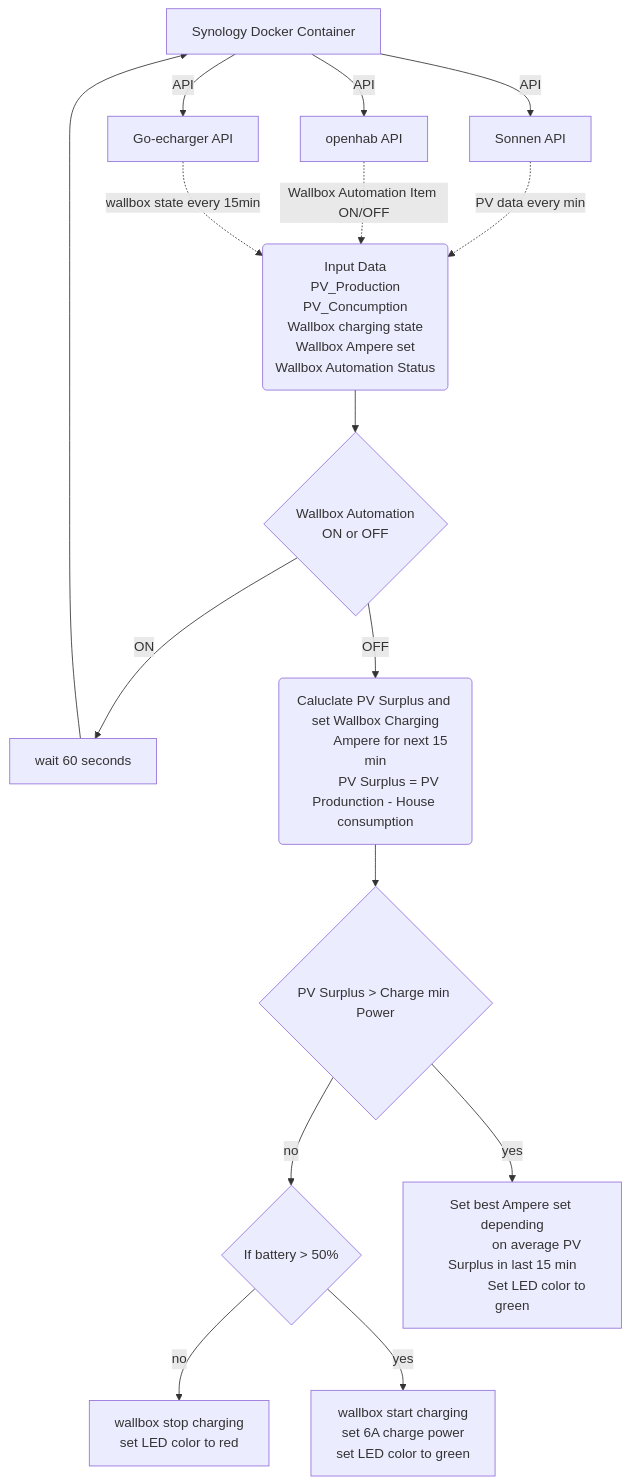
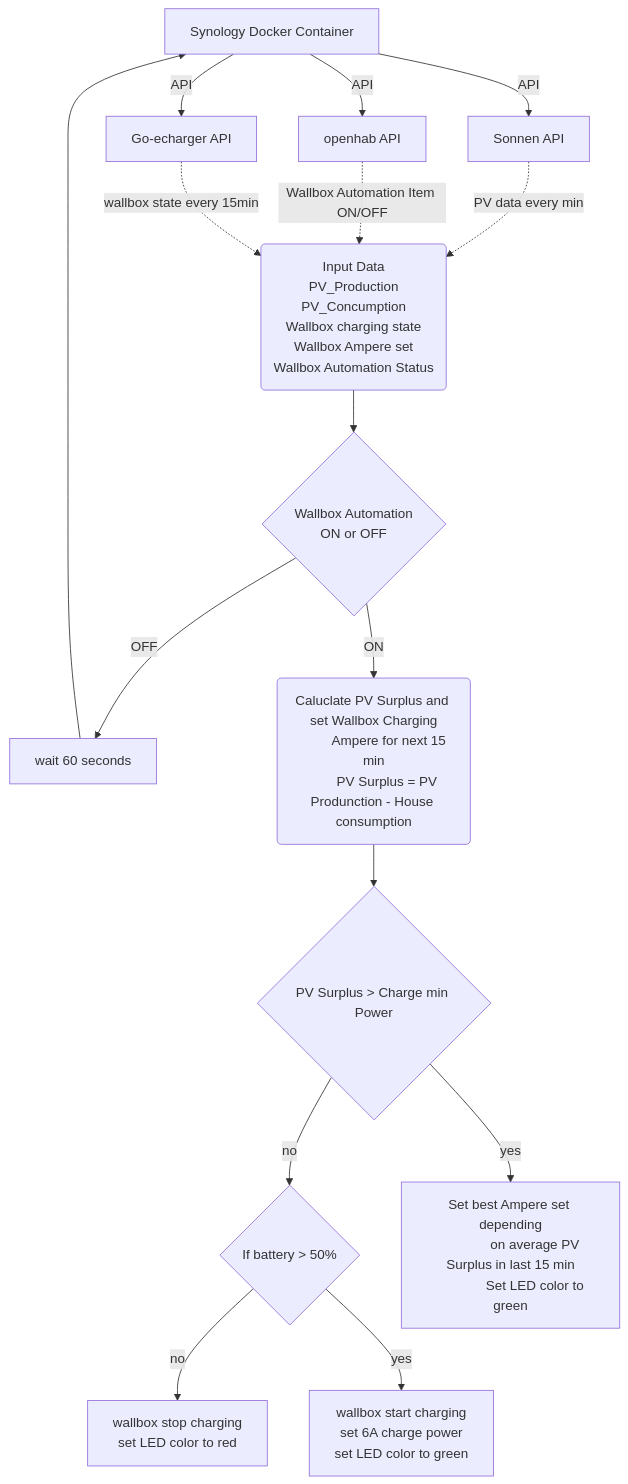
The diagram in README.md (schwabenschulle/pvcharger), drawn with Mermaid before and after one commit.

````diff
--- a/README.md
+++ b/README.md
@@ -22,33 +22,33 @@
 ```mermaid
 graph TD
 A[Synology Docker Container] -->|API| B[Sonnen API]
 
 A[Synology Docker Container] -->|API| C[Go-echarger API]
 A[Synology Docker Container] -->|API| K[openhab API]
 B[Sonnen API] -.->|PV data every min|D("Input Data
                 PV_Production
                 PV_Concumption
                 Wallbox charging state
                 Wallbox Ampere set
                 Wallbox Automation Status")
 K[openhab API] -.->|Wallbox Automation Item ON/OFF| D
 C[Go-echarger API] -.->|wallbox state every 15min| D
 D --> L{"Wallbox Automation
           ON or OFF"}
-L -->|ON| M["wait 60 seconds"]
+L -->|OFF| M["wait 60 seconds"]
 M --> A[Synology Docker Container]
-L -->|OFF| E("Caluclate PV Surplus and set Wallbox Charging
+L -->|ON| E("Caluclate PV Surplus and set Wallbox Charging
          Ampere for next 15 min
         PV Surplus = PV Produnction - House consumption")
 E --> F{"PV Surplus > Charge min Power"}
 F -->|no| G{"If battery > 50%"}
 G --> |no| H["wallbox stop charging
              set LED color to red"]
 G -->|yes| I["wallbox start charging
               set 6A charge power
               set LED color to green"]
 F -->|yes| J["Set best Ampere set depending
               on average PV Surplus in last 15 min
               Set LED color to green"]
 
 ```
````
